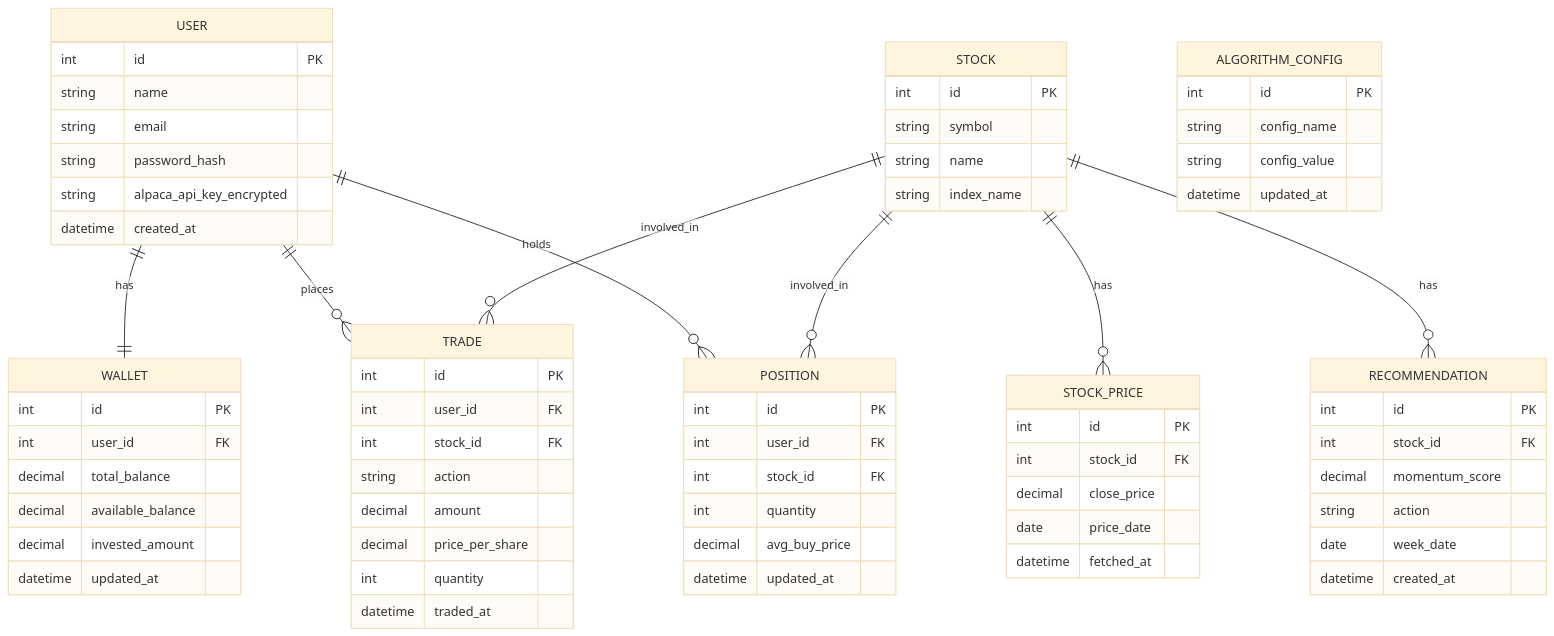
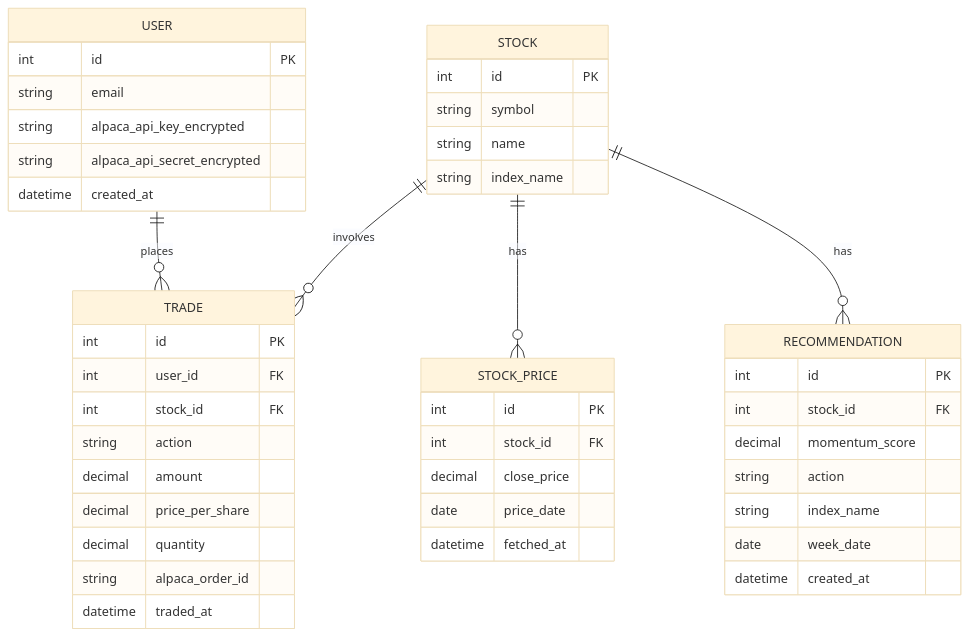
One commit to shivam-tamboli/momentum-trading-system changed the diagram in docs/schema-diagram.md. Above: the diagram before and after it, drawn with Mermaid (base theme). The commit also changed 3 other files, not shown here.

````diff
--- a/docs/schema-diagram.md
+++ b/docs/schema-diagram.md
@@ -3,79 +3,52 @@
 ```mermaid
 erDiagram
-    USER ||--|| WALLET : has
     USER ||--o{ TRADE : places
-    USER ||--o{ POSITION : holds
     STOCK ||--o{ STOCK_PRICE : has
     STOCK ||--o{ RECOMMENDATION : has
-    STOCK ||--o{ TRADE : involved_in
-    STOCK ||--o{ POSITION : involved_in
+    STOCK ||--o{ TRADE : involves
 
     USER {
         int id PK
-        string name
         string email
-        string password_hash
         string alpaca_api_key_encrypted
+        string alpaca_api_secret_encrypted
         datetime created_at
-    }
-
-    WALLET {
-        int id PK
-        int user_id FK
-        decimal total_balance
-        decimal available_balance
-        decimal invested_amount
-        datetime updated_at
     }
 
     STOCK {
         int id PK
         string symbol
         string name
         string index_name
     }
 
     STOCK_PRICE {
         int id PK
         int stock_id FK
         decimal close_price
         date price_date
         datetime fetched_at
     }
 
-    ALGORITHM_CONFIG {
-        int id PK
-        string config_name
-        string config_value
-        datetime updated_at
-    }
-
     RECOMMENDATION {
         int id PK
         int stock_id FK
         decimal momentum_score
         string action
+        string index_name
         date week_date
         datetime created_at
     }
 
     TRADE {
         int id PK
         int user_id FK
         int stock_id FK
         string action
         decimal amount
         decimal price_per_share
-        int quantity
+        decimal quantity
+        string alpaca_order_id
         datetime traded_at
     }
-
-    POSITION {
-        int id PK
-        int user_id FK
-        int stock_id FK
-        int quantity
-        decimal avg_buy_price
-        datetime updated_at
-    }
 ```
````
